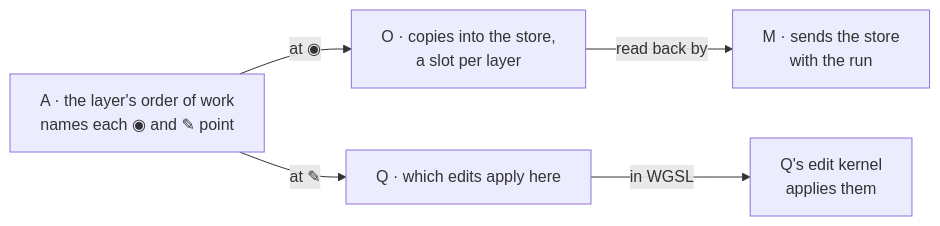
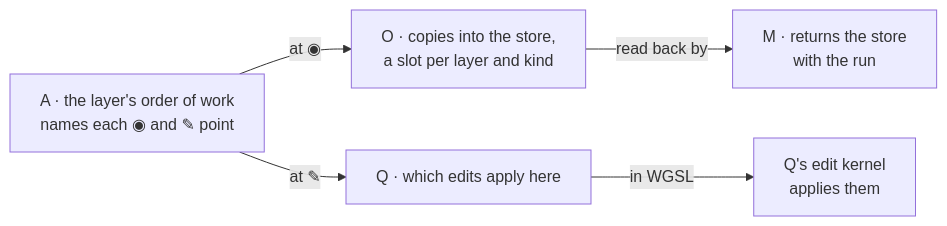
One commit to plainsight-systems/frizzle changed the second of 2 diagrams in docs/architecture/change-axes.md. Above: the diagram before and after it, drawn with Mermaid. The commit also changed other lines of this file and 6 other files, not shown here.

First line of the commit message:
Architecture: the documents describe the system as it is

````diff
--- a/docs/architecture/change-axes.md
+++ b/docs/architecture/change-axes.md
@@ -58,12 +48,12 @@
 ```mermaid
 flowchart LR
   A["A · the layer's order of work<br/>names each ◉ and ✎ point"]
-  O["O · copies into the store,<br/>a slot per layer"]
+  O["O · copies into the store,<br/>a slot per layer and kind"]
   Q["Q · which edits apply here"]
   E["Q's edit kernel<br/>applies them"]
-  M["M · sends the store<br/>with the run"]
+  M["M · returns the store<br/>with the run"]
   A -->|"at ◉"| O
   A -->|"at ✎"| Q
   Q -->|"in WGSL"| E
   O -->|"read back by"| M
 ```
````
